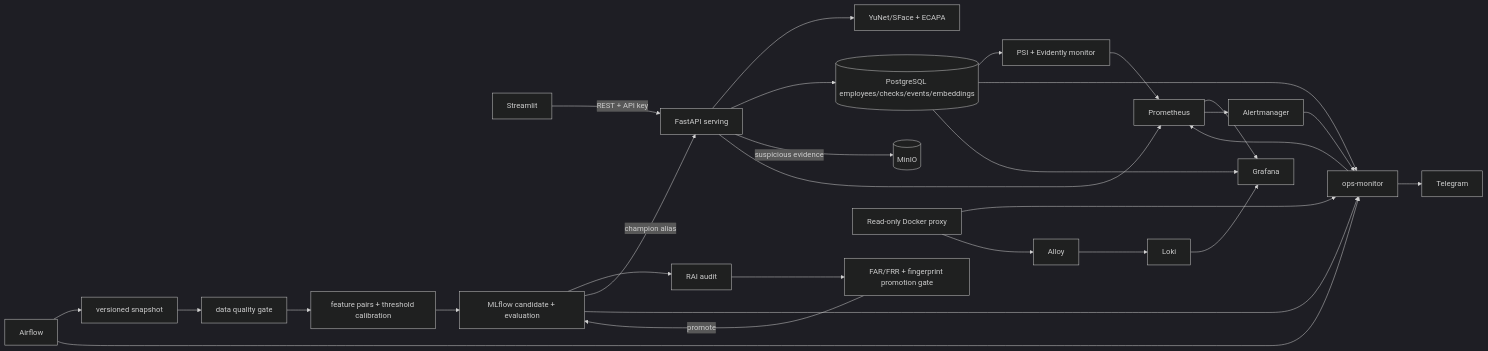
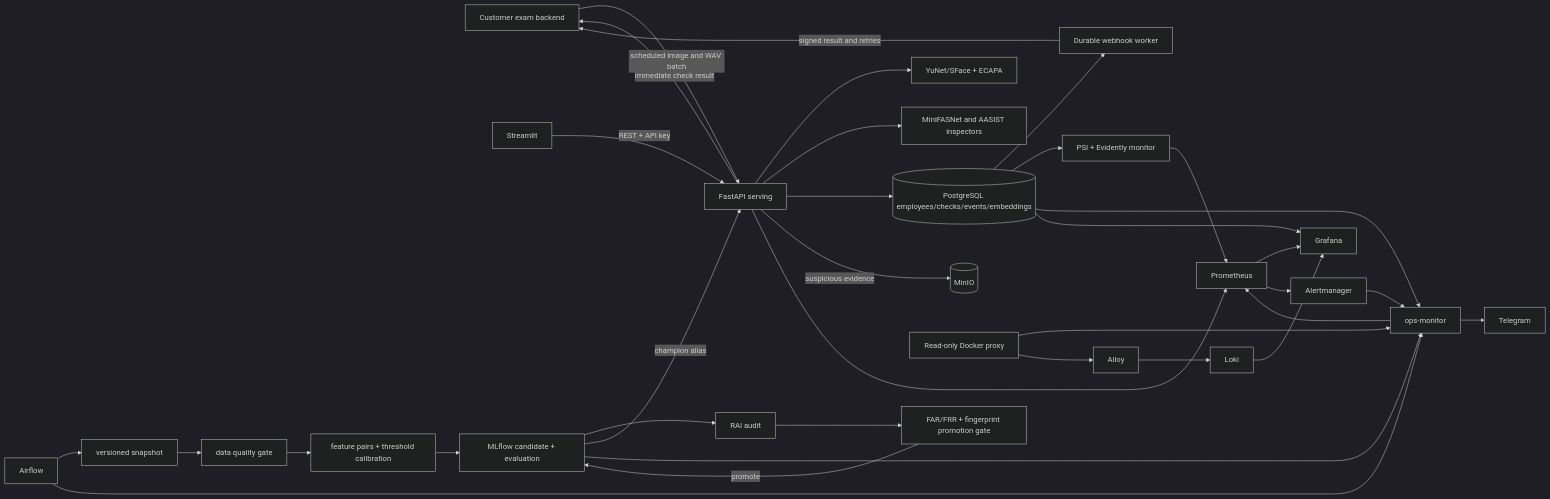
Before and after one commit to FSB-MSA36HN/DDM501-face-voice-proctoring: the diagram in ARCHITECTURE.md, drawn with Mermaid (dark theme). The commit also changed other lines of this file and 6 other files, not shown here.

Commit message:
Record successful maintenance deployment and finalize architecture and project report

````diff
--- a/ARCHITECTURE.md
+++ b/ARCHITECTURE.md
@@ -8,24 +8,29 @@
 ```mermaid
 flowchart LR
+  CUSTOMER[Customer exam backend] -->|scheduled image and WAV batch| API
+  API -->|immediate check result| CUSTOMER
   UI[Streamlit] -->|REST + API key| API[FastAPI serving]
   API --> EMB[YuNet/SFace + ECAPA]
+  API --> PAD[MiniFASNet and AASIST inspectors]
   API --> PG[(PostgreSQL employees/checks/events/embeddings)]
   API -->|suspicious evidence| S3[(MinIO)]
+  PG --> OUTBOX[Durable webhook worker]
+  OUTBOX -->|signed result and retries| CUSTOMER
   AF[Airflow] --> SNAP[versioned snapshot]
   SNAP --> DQ[data quality gate] --> TRAIN[feature pairs + threshold calibration]
   TRAIN --> MF[MLflow candidate + evaluation]
   MF --> RAI[RAI audit] --> EVAL[FAR/FRR + fingerprint promotion gate]
   EVAL -->|promote| MF
   MF -->|champion alias| API
   API --> PROM[Prometheus]
   PG --> DM[PSI + Evidently monitor]
   DM --> PROM --> GF[Grafana]
   PROM --> AM[Alertmanager]
   AM --> OPS[ops-monitor] --> TG[Telegram]
   MF --> OPS
   AF --> OPS
   PG --> OPS --> PROM
   Docker[Read-only Docker proxy] --> OPS
   Docker --> Alloy --> Loki --> GF
   PG --> GF
 ```
````
